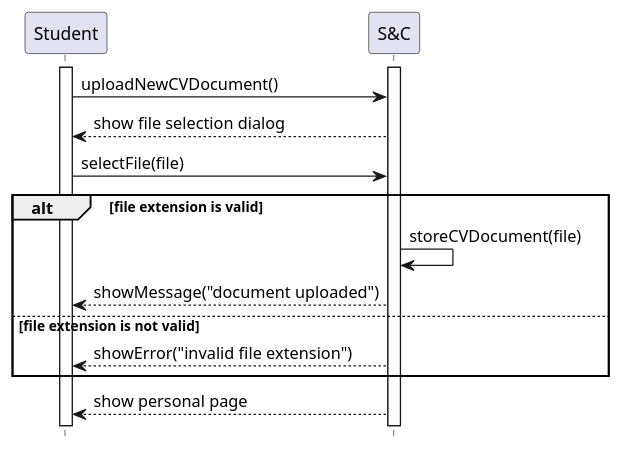
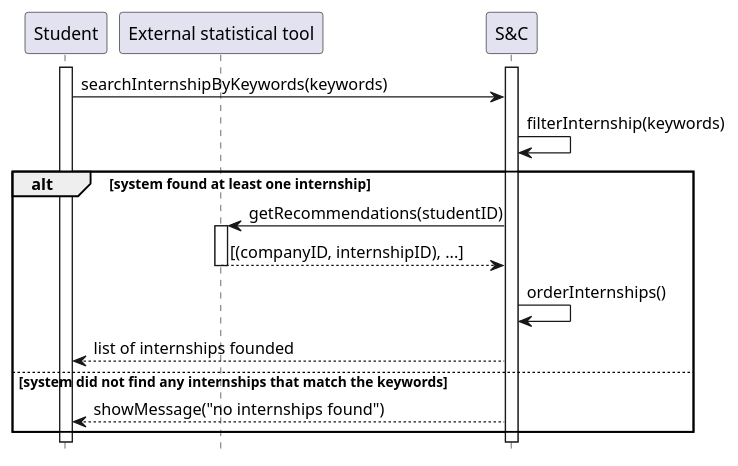
The diagram in RASD/Specific_requirements/uml_diagrams/UC10_diagram.puml (matti8702/R_and_DD_project_SE2), drawn with PlantUML before and after one commit. The commit also changed 32 other files, not shown here.

```diff
--- a/RASD/Specific_requirements/uml_diagrams/UC10_diagram.puml
+++ b/RASD/Specific_requirements/uml_diagrams/UC10_diagram.puml
@@ -1,19 +1,22 @@
 @startuml UC10_diagram
 hide footbox
 
 participant "Student" as ST
+participant "External statistical tool" AS EXT
 participant "S&C" AS S
 
 activate ST
 activate S
-ST -> S: uploadNewCVDocument()
-S --> ST: show file selection dialog
-ST -> S: selectFile(file)
-alt file extension is valid
-    S -> S: storeCVDocument(file)
-    S --> ST: showMessage("document uploaded")
-else file extension is not valid
-    S --> ST: showError("invalid file extension")
+ST -> S: searchInternshipByKeywords(keywords)
+S -> S: filterInternship(keywords)
+alt system found at least one internship
+    S -> EXT: getRecommendations(studentID)
+    activate EXT
+    EXT --> S: [(companyID, internshipID), ...]
+    deactivate EXT
+    S -> S: orderInternships()
+    S --> ST: list of internships founded
+else system did not find any internships that match the keywords
+    S --> ST: showMessage("no internships found")
 end
-S --> ST: show personal page
 @enduml
```
